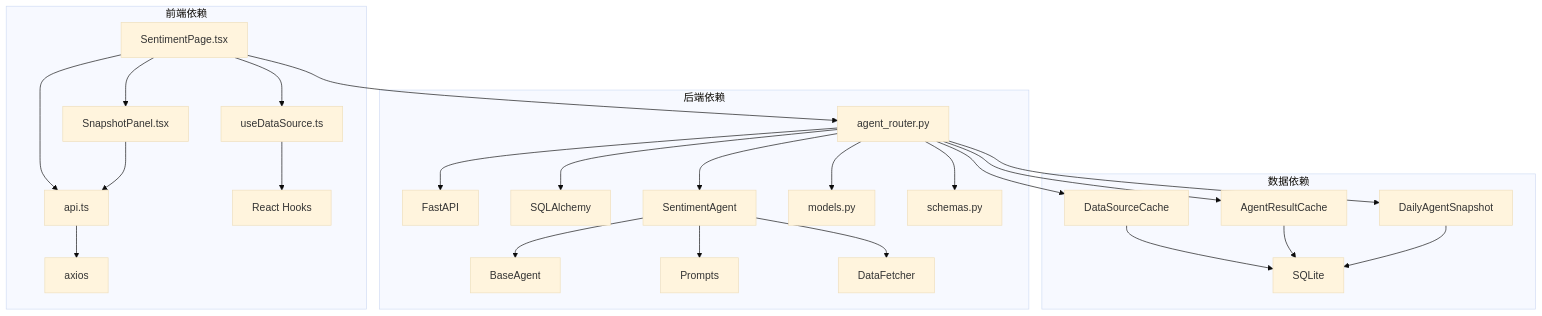
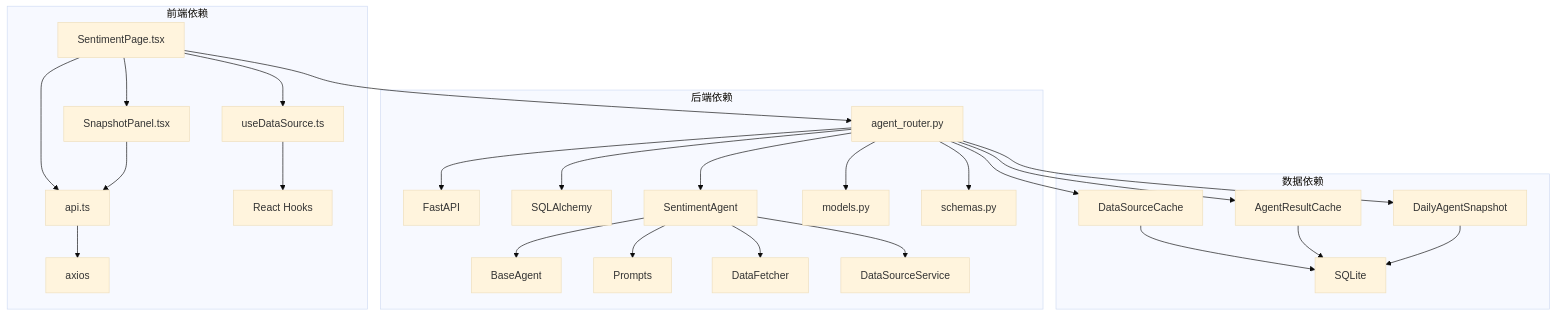
One commit to Moruime/stock_foker changed the eighth of 11 diagrams in .qoder/repowiki/zh/content/前端组件/页面组件/情绪页面增强功能.md. Above: the diagram before and after it, drawn with Mermaid (base theme). The commit also changed other lines of this file and 22 other files, not shown here.

First line of the commit message:
feat(data-source): 增强数据服务引入熔断和缓存优化

````diff
--- a/.qoder/repowiki/zh/content/前端组件/页面组件/情绪页面增强功能.md
+++ b/.qoder/repowiki/zh/content/前端组件/页面组件/情绪页面增强功能.md
@@ -349,30 +375,31 @@
 ```mermaid
 graph TD
 subgraph "前端依赖"
 A[SentimentPage.tsx] --> B[api.ts]
 A --> C[useDataSource.ts]
 A --> D[SnapshotPanel.tsx]
 B --> E[axios]
 C --> F[React Hooks]
 D --> B
 end
 subgraph "后端依赖"
 G[agent_router.py] --> H[FastAPI]
 G --> I[SQLAlchemy]
 G --> J[SentimentAgent]
 J --> K[BaseAgent]
 J --> L[Prompts]
 J --> M[DataFetcher]
-G --> N[models.py]
-G --> O[schemas.py]
+J --> N[DataSourceService]
+G --> O[models.py]
+G --> P[schemas.py]
 end
 subgraph "数据依赖"
-P[DataSourceCache] --> Q[SQLite]
-R[AgentResultCache] --> Q
-S[DailyAgentSnapshot] --> Q
+Q[DataSourceCache] --> R[SQLite]
+S[AgentResultCache] --> R
+T[DailyAgentSnapshot] --> R
 end
 A --> G
-G --> P
-G --> R
+G --> Q
 G --> S
+G --> T
 ```
````
